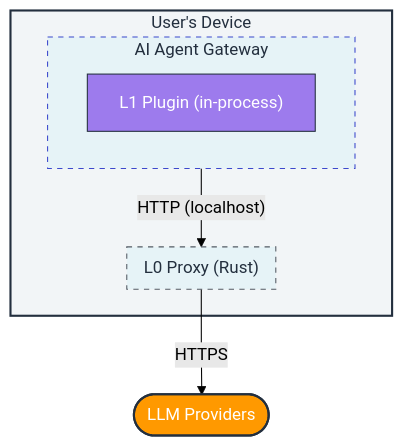
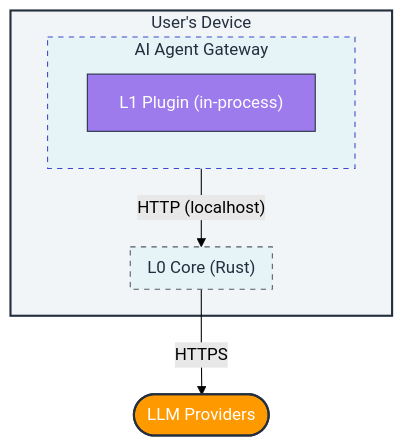
The first of 3 diagrams in docs/get-started/deployment-models.md (OpenObscure/OpenObscure), drawn with Mermaid (forest theme) before and after one commit. The commit also changed other lines of this file and 230 other files, not shown here.

````diff
--- a/docs/get-started/deployment-models.md
+++ b/docs/get-started/deployment-models.md
@@ -18,18 +18,18 @@
 ```mermaid
 flowchart TB
     subgraph device ["User's Device"]
         subgraph gateway ["AI Agent Gateway"]
             L1["L1 Plugin (in-process)"]
         end
-        subgraph l0proc ["L0 Proxy (Rust)"]
+        subgraph l0proc ["L0 Core (Rust)"]
         end
         gateway -- "HTTP (localhost)" --> l0proc
     end
     l0proc -- "HTTPS" --> llm(["LLM Providers"])
 
     style device fill:#f2f5f7,stroke:#232F3E,stroke-width:2px,color:#232F3E
     style gateway fill:#e6f3f7,stroke:#3b48cc,stroke-dasharray: 5 5,color:#232F3E
     style l0proc fill:#e6f3f7,stroke:#545b64,stroke-dasharray: 5 5,color:#232F3E
     style L1 fill:#9D7BED,stroke:#232F3E,color:#fff
     style llm fill:#ff9900,stroke:#232F3E,stroke-width:2px,color:#fff
 ```
````
